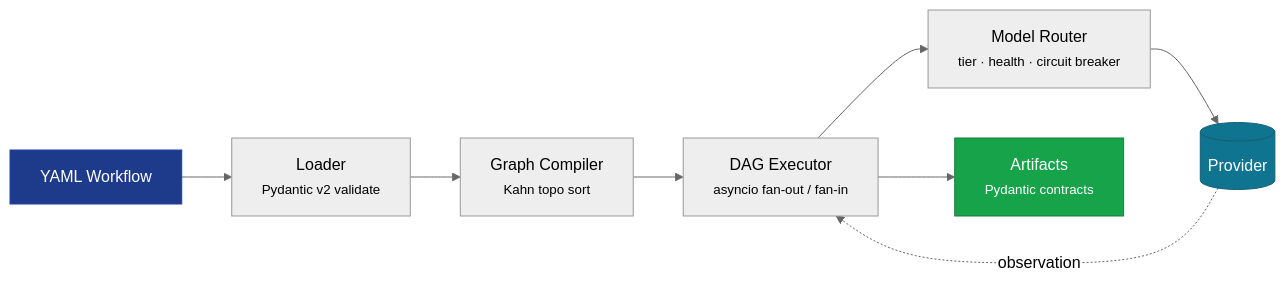
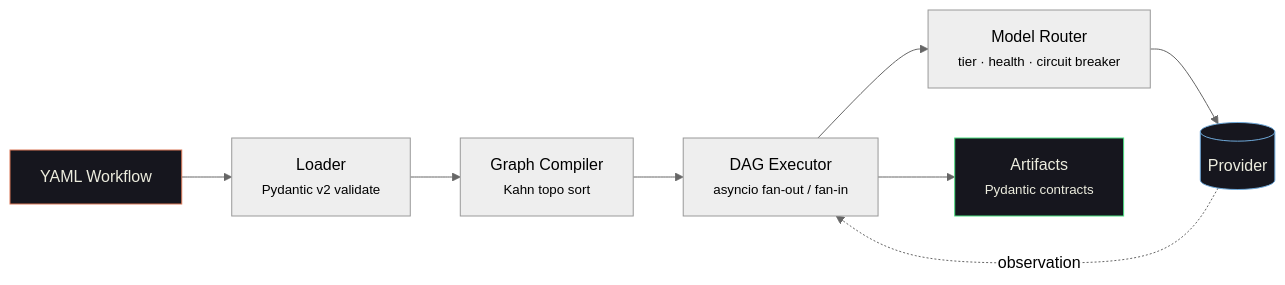
Before and after one commit to tafreeman/agentic-runtime-platform: the diagram in docs/index.md, drawn with Mermaid (neutral theme). The commit also changed other lines of this file and 4 other files, not shown here.

````diff
--- a/docs/index.md
+++ b/docs/index.md
@@ -80,13 +78,13 @@
 ```mermaid
 flowchart LR
     A[YAML Workflow] --> B[Loader<br/><small>Pydantic v2 validate</small>]
     B --> C[Graph Compiler<br/><small>Kahn topo sort</small>]
     C --> D[DAG Executor<br/><small>asyncio fan-out / fan-in</small>]
     D --> E[Model Router<br/><small>tier · health · circuit breaker</small>]
     E --> F[(Provider)]
     F -.observation.-> D
     D --> G[Artifacts<br/><small>Pydantic contracts</small>]
-    style A fill:#1e3a8a,color:#fff,stroke:#1e40af
-    style F fill:#0e7490,color:#fff,stroke:#155e75
-    style G fill:#16a34a,color:#fff,stroke:#15803d
+    style A fill:#16161e,color:#ececde,stroke:#d97757
+    style F fill:#16161e,color:#ececde,stroke:#6ea8d8
+    style G fill:#16161e,color:#ececde,stroke:#4ade80
 ```
````
